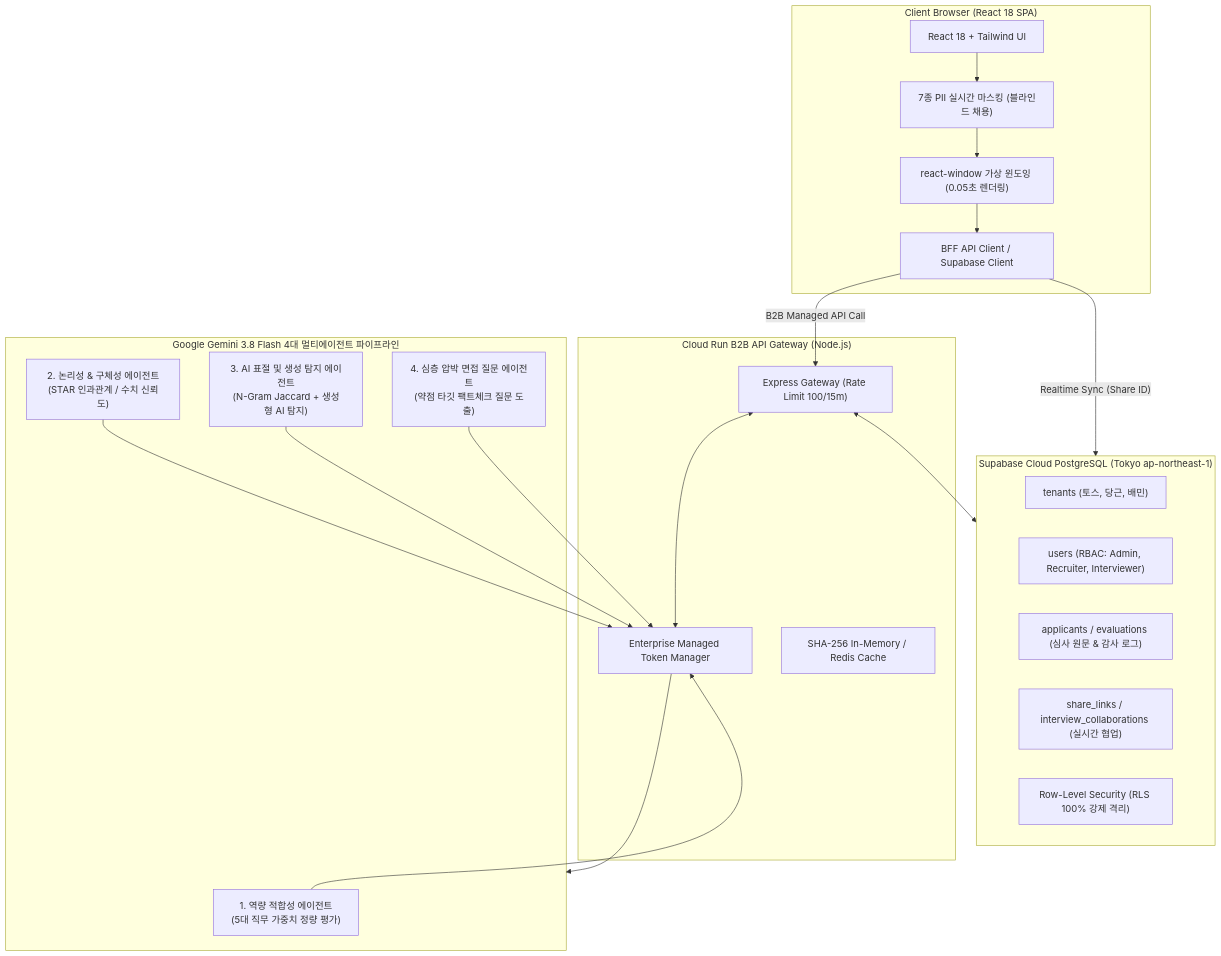
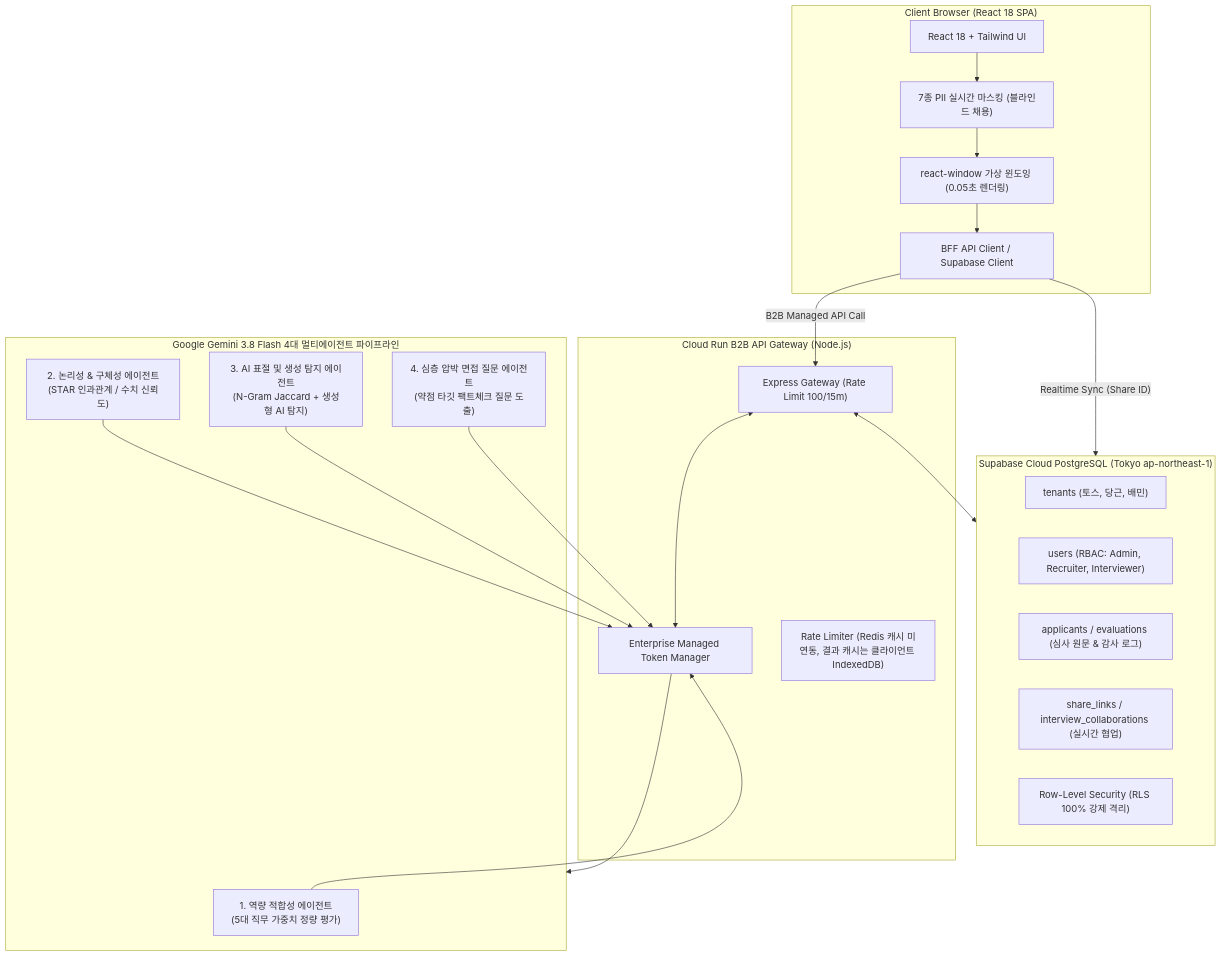
Before and after one commit to jcm0314/CapStone-SW-: the second of 2 diagrams in README.md, drawn with Mermaid. The commit also changed other lines of this file and 67 other files, not shown here.

````diff
--- a/README.md
+++ b/README.md
@@ -50,40 +50,40 @@
 ```mermaid
 flowchart TD
     subgraph Client ["Client Browser (React 18 SPA)"]
         UI["React 18 + Tailwind UI"]
         GW_CLIENT["BFF API Client / Supabase Client"]
         PII["7종 PII 실시간 마스킹 (블라인드 채용)"]
         VIRTUAL["react-window 가상 윈도잉 (0.05초 렌더링)"]
     end
 
     subgraph BackendGateway ["Cloud Run B2B API Gateway (Node.js)"]
         EXPRESS["Express Gateway (Rate Limit 100/15m)"]
         B2B_TOKEN["Enterprise Managed Token Manager"]
-        CACHE["SHA-256 In-Memory / Redis Cache"]
+        CACHE["Rate Limiter (Redis 캐시 미연동, 결과 캐시는 클라이언트 IndexedDB)"]
     end
 
     subgraph MultiAgentEngine ["Google Gemini 3.8 Flash 4대 멀티에이전트 파이프라인"]
         A1["1. 역량 적합성 에이전트<br>(5대 직무 가중치 정량 평가)"]
         A2["2. 논리성 & 구체성 에이전트<br>(STAR 인과관계 / 수치 신뢰도)"]
         A3["3. AI 표절 및 생성 탐지 에이전트<br>(N-Gram Jaccard + 생성형 AI 탐지)"]
         A4["4. 심층 압박 면접 질문 에이전트<br>(약점 타깃 팩트체크 질문 도출)"]
     end
 
     subgraph CloudDatabase ["Supabase Cloud PostgreSQL (Tokyo ap-northeast-1)"]
         TENANTS["tenants (토스, 당근, 배민)"]
         USERS["users (RBAC: Admin, Recruiter, Interviewer)"]
         EVALS["applicants / evaluations (심사 원문 & 감사 로그)"]
         SHARE["share_links / interview_collaborations (실시간 협업)"]
         RLS["Row-Level Security (RLS 100% 강제 격리)"]
     end
 
     UI --> PII
     PII --> VIRTUAL
     VIRTUAL --> GW_CLIENT
     GW_CLIENT -- B2B Managed API Call --> EXPRESS
     EXPRESS <--> B2B_TOKEN
     B2B_TOKEN --> MultiAgentEngine
     A1 & A2 & A3 & A4 --> B2B_TOKEN
     EXPRESS <--> CloudDatabase
     GW_CLIENT -- Realtime Sync (Share ID) --> CloudDatabase
 ```
````
